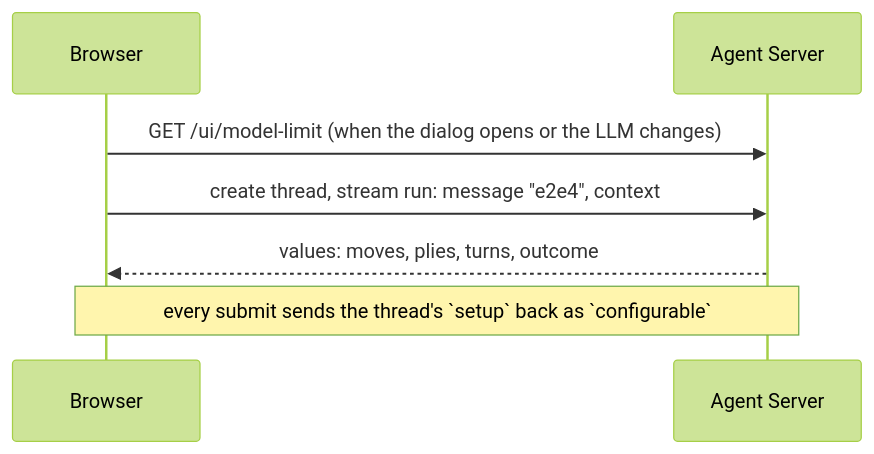
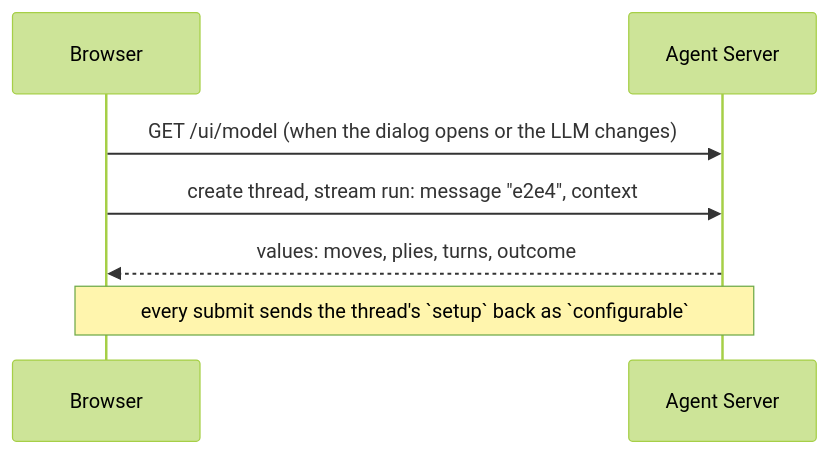
Before and after one commit to darieldatoon/langchain-chess: the diagram in apps/web/README.md, drawn with Mermaid (forest theme). The commit also changed 29 other files, not shown here.

````diff
--- a/apps/web/README.md
+++ b/apps/web/README.md
@@ -80,9 +80,9 @@
 ```mermaid
 sequenceDiagram
   participant B as Browser
   participant S as Agent Server
-  B->>S: GET /ui/model-limit (when the dialog opens or the LLM changes)
+  B->>S: GET /ui/model (when the dialog opens or the LLM changes)
   B->>S: create thread, stream run: message "e2e4", context
   S-->>B: values: moves, plies, turns, outcome
   Note over B,S: every submit sends the thread's `setup` back as `configurable`
 ```
````
